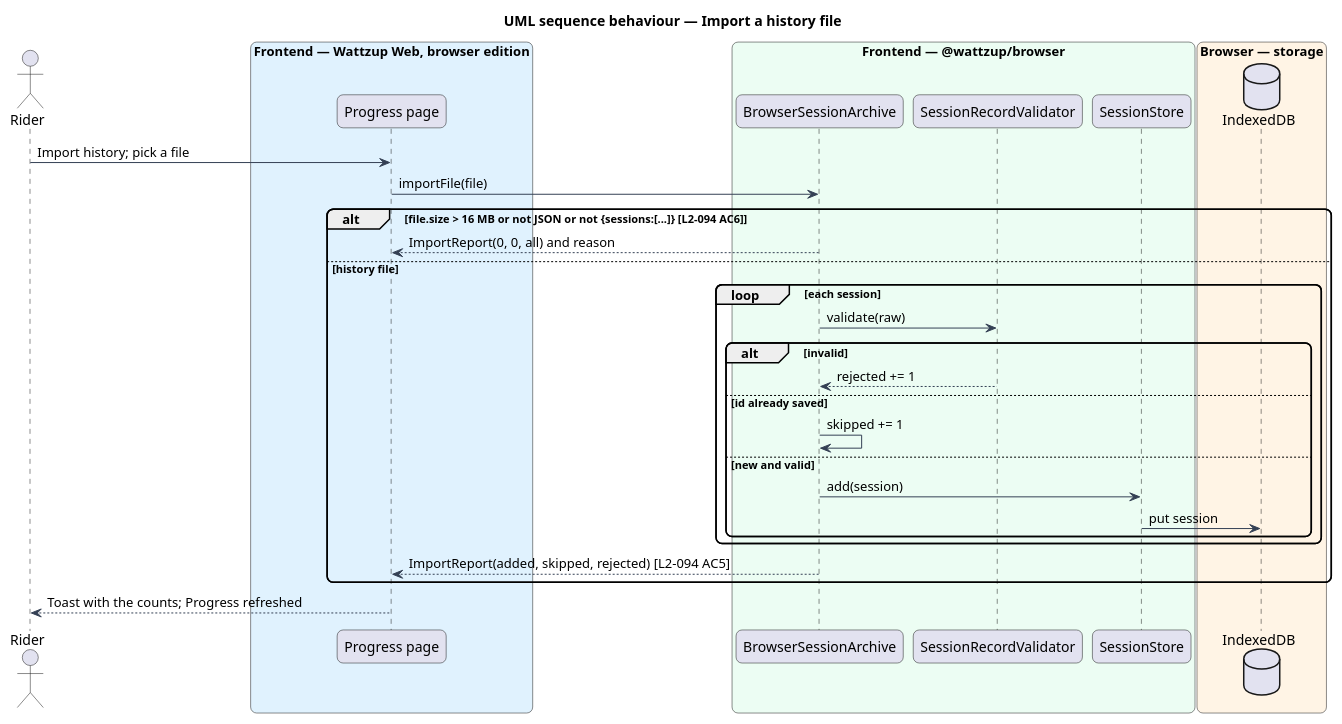
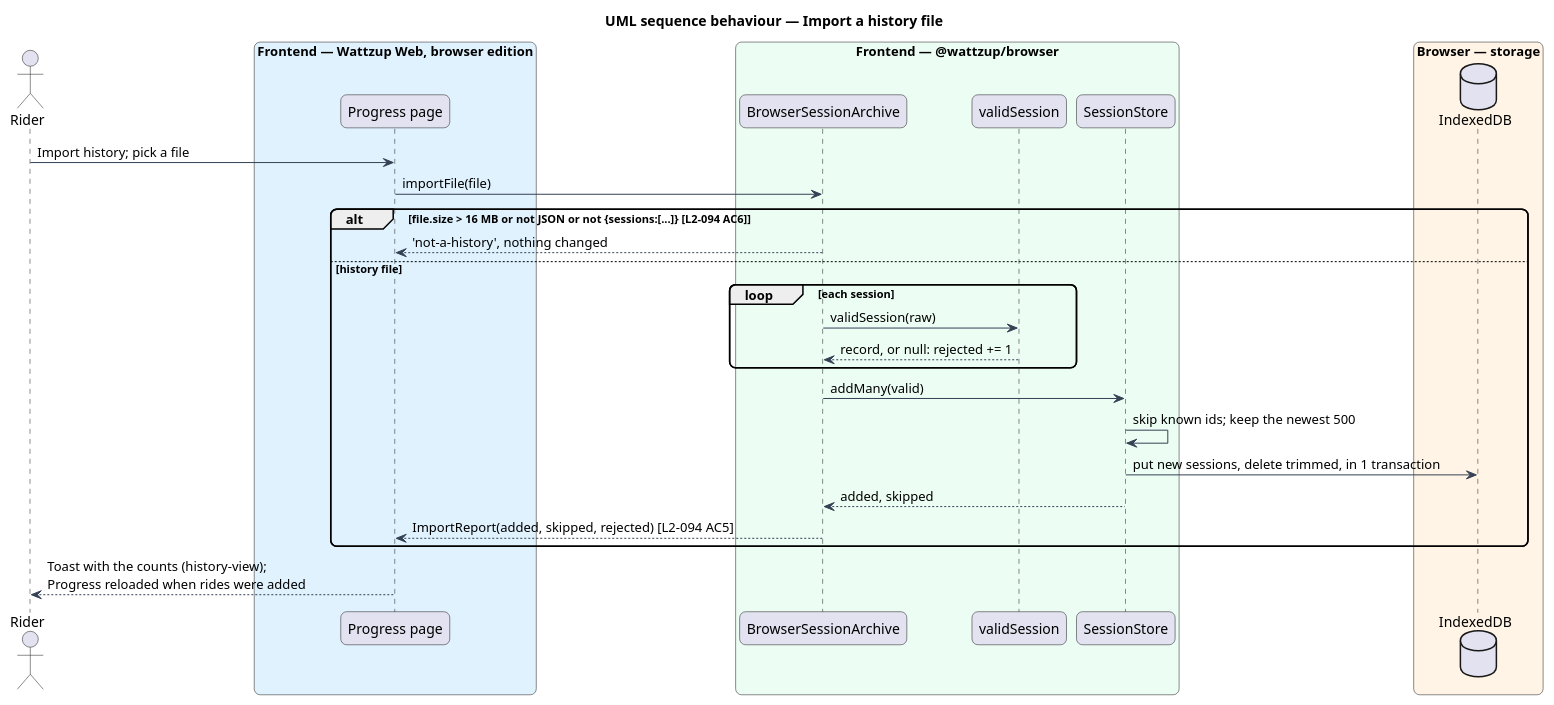
One commit to QuinntyneBrown/ride-one changed the diagram in docs/detailed-designs/browser-edition/keep-sessions-in-browser/diagrams/sequence-import-history.puml. Above: the diagram before and after it, drawn with PlantUML. The commit also changed 32 other files, not shown here.

First line of the commit message:
Export and import the ride history in the browser edition (L2-094)

```diff
--- a/docs/detailed-designs/browser-edition/keep-sessions-in-browser/diagrams/sequence-import-history.puml
+++ b/docs/detailed-designs/browser-edition/keep-sessions-in-browser/diagrams/sequence-import-history.puml
@@ -1,40 +1,37 @@
 @startuml
 title UML sequence behaviour — Import a history file
 skinparam backgroundColor #FFFFFF
 skinparam shadowing false
 skinparam roundcorner 12
 skinparam defaultFontName Arial
 skinparam ArrowColor #344054
 actor "Rider" as rider
 box "Frontend — Wattzup Web, browser edition" #E0F2FE
   participant "Progress page" as page
 end box
 box "Frontend — @wattzup/browser" #ECFDF3
   participant "BrowserSessionArchive" as archive
-  participant "SessionRecordValidator" as val
+  participant "validSession" as val
   participant "SessionStore" as store
 end box
 box "Browser — storage" #FFF4E5
   database "IndexedDB" as idb
 end box
 
 rider -> page : Import history; pick a file
 page -> archive : importFile(file)
 alt file.size > 16 MB or not JSON or not {sessions:[...]} [L2-094 AC6]
-  archive --> page : ImportReport(0, 0, all) and reason
+  archive --> page : 'not-a-history', nothing changed
 else history file
   loop each session
-    archive -> val : validate(raw)
-    alt invalid
-      val --> archive : rejected += 1
-    else id already saved
-      archive -> archive : skipped += 1
-    else new and valid
-      archive -> store : add(session)
-      store -> idb : put session
-    end
+    archive -> val : validSession(raw)
+    val --> archive : record, or null: rejected += 1
   end
+  archive -> store : addMany(valid)
+  store -> store : skip known ids; keep the newest 500
+  store -> idb : put new sessions, delete trimmed, in 1 transaction
+  store --> archive : added, skipped
   archive --> page : ImportReport(added, skipped, rejected) [L2-094 AC5]
 end
-page --> rider : Toast with the counts; Progress refreshed
+page --> rider : Toast with the counts (history-view);\nProgress reloaded when rides were added
 @enduml
```
